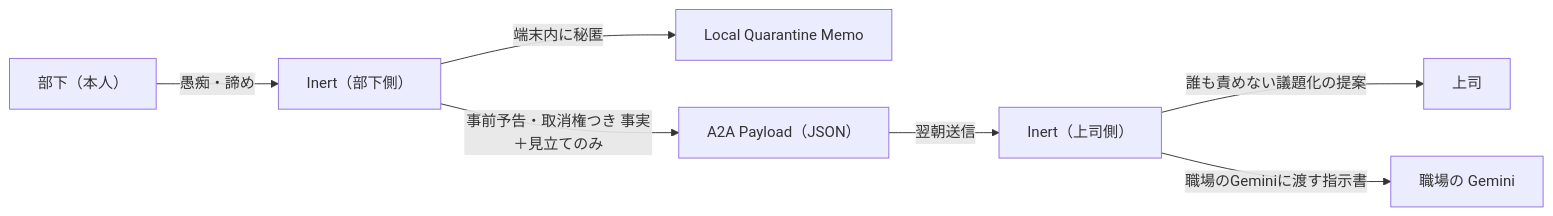
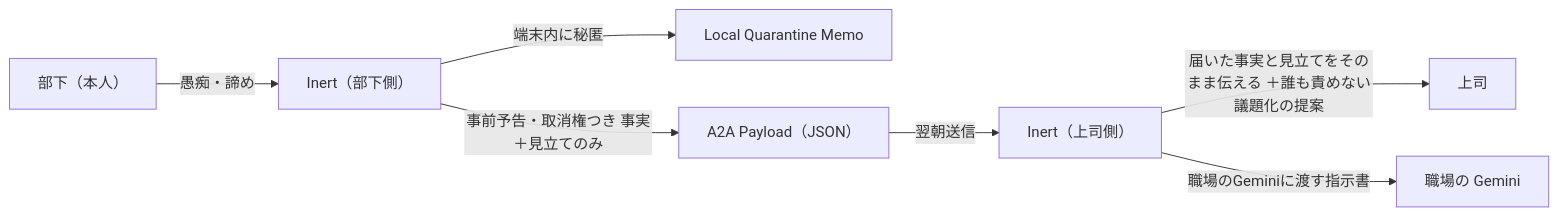
The first of 5 diagrams in README.md (projectLEAN727/Inert), drawn with Mermaid before and after one commit. The commit also changed other lines of this file and 3 other files, not shown here.

````diff
--- a/README.md
+++ b/README.md
@@ -27,9 +52,9 @@
 ```mermaid
 flowchart LR
     U1["部下（本人）"] -- "愚痴・諦め" --> I1["Inert（部下側）"]
     I1 -- "端末内に秘匿" --> M1["Local Quarantine Memo"]
     I1 -- "事前予告・取消権つき 事実＋見立てのみ" --> J["A2A Payload（JSON）"]
     J -- "翌朝送信" --> I2["Inert（上司側）"]
-    I2 -- "誰も責めない議題化の提案" --> U2["上司"]
+    I2 -- "届いた事実と見立てをそのまま伝える ＋誰も責めない議題化の提案" --> U2["上司"]
     I2 -- "職場のGeminiに渡す指示書" --> W["職場の Gemini"]
 ```
````
